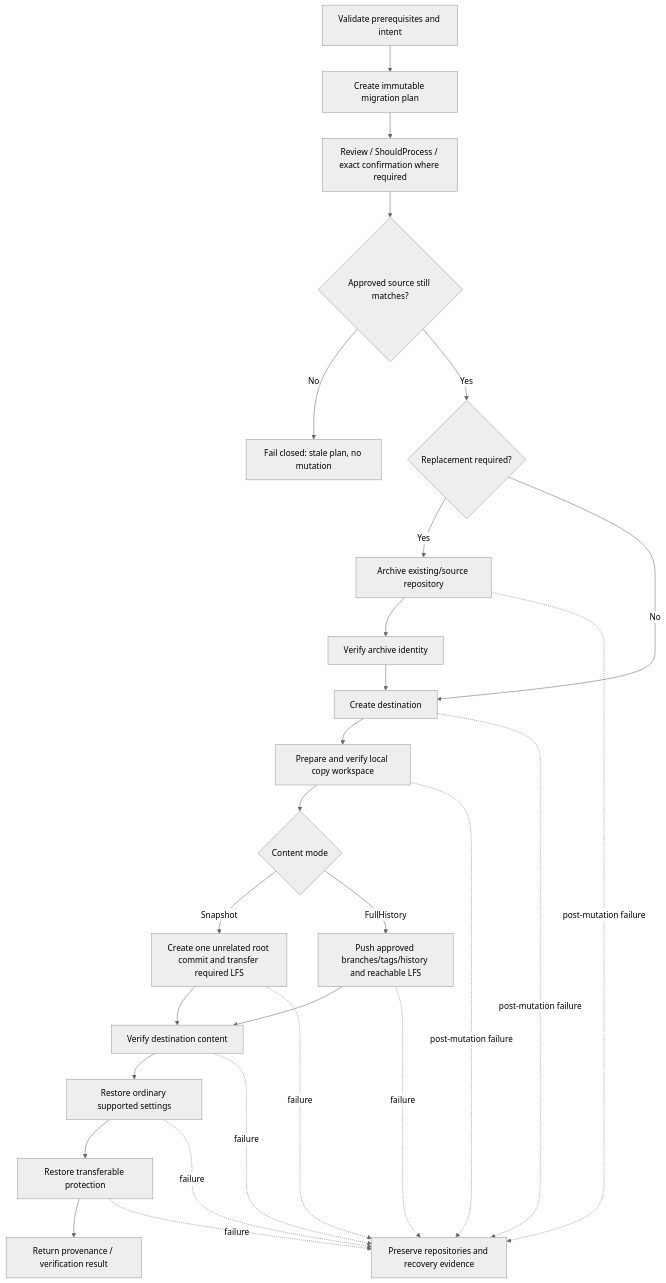
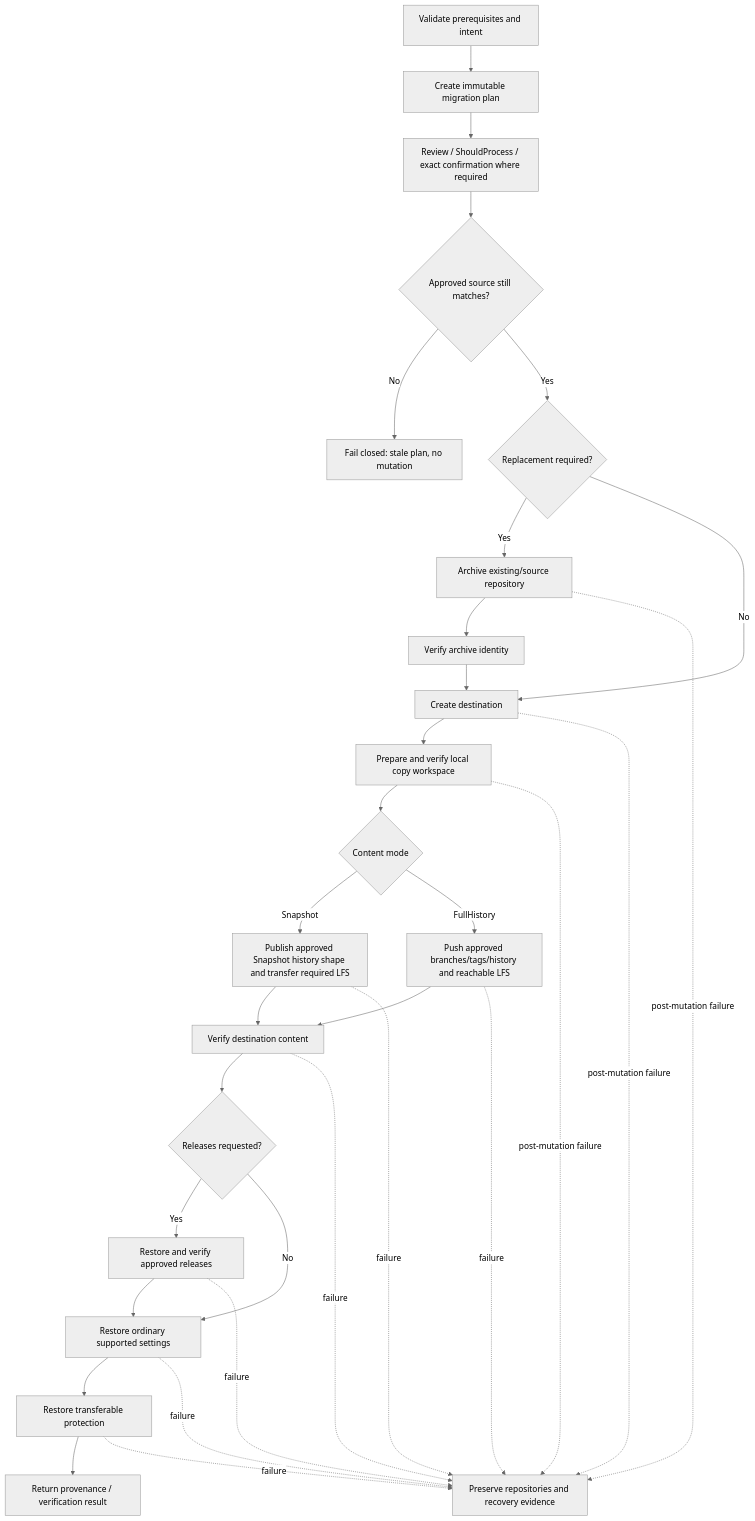
One commit to infoconex/copy-github-repo changed the second of 3 diagrams in docs/product/architecture.md. Above: the diagram before and after it, drawn with Mermaid (neutral theme). The commit also changed other lines of this file and 53 other files, not shown here.

````diff
--- a/docs/product/architecture.md
+++ b/docs/product/architecture.md
@@ -87,30 +87,34 @@
 ```mermaid
 flowchart TD
     A[Validate prerequisites and intent] --> B[Create immutable migration plan]
     B --> C[Review / ShouldProcess / exact confirmation where required]
     C --> D{Approved source still matches?}
     D -- No --> X[Fail closed: stale plan, no mutation]
     D -- Yes --> E{Replacement required?}
     E -- Yes --> F[Archive existing/source repository]
     F --> G[Verify archive identity]
     E -- No --> H[Create destination]
     G --> H
     H --> I[Prepare and verify local copy workspace]
     I --> J{Content mode}
-    J -- Snapshot --> K[Create one unrelated root commit and transfer required LFS]
+    J -- Snapshot --> K[Publish approved Snapshot history shape and transfer required LFS]
     J -- FullHistory --> L[Push approved branches/tags/history and reachable LFS]
     K --> M[Verify destination content]
     L --> M
-    M --> N[Restore ordinary supported settings]
-    N --> O[Restore transferable protection]
-    O --> P[Return provenance / verification result]
+    M --> N{Releases requested?}
+    N -- Yes --> Q[Restore and verify approved releases]
+    N -- No --> O[Restore ordinary supported settings]
+    Q --> O
+    O --> P[Restore transferable protection]
+    P --> S[Return provenance / verification result]
 
     F -. post-mutation failure .-> R[Preserve repositories and recovery evidence]
     H -. post-mutation failure .-> R
     I -. post-mutation failure .-> R
     K -. failure .-> R
     L -. failure .-> R
     M -. failure .-> R
-    N -. failure .-> R
+    Q -. failure .-> R
     O -. failure .-> R
+    P -. failure .-> R
 ```
````
